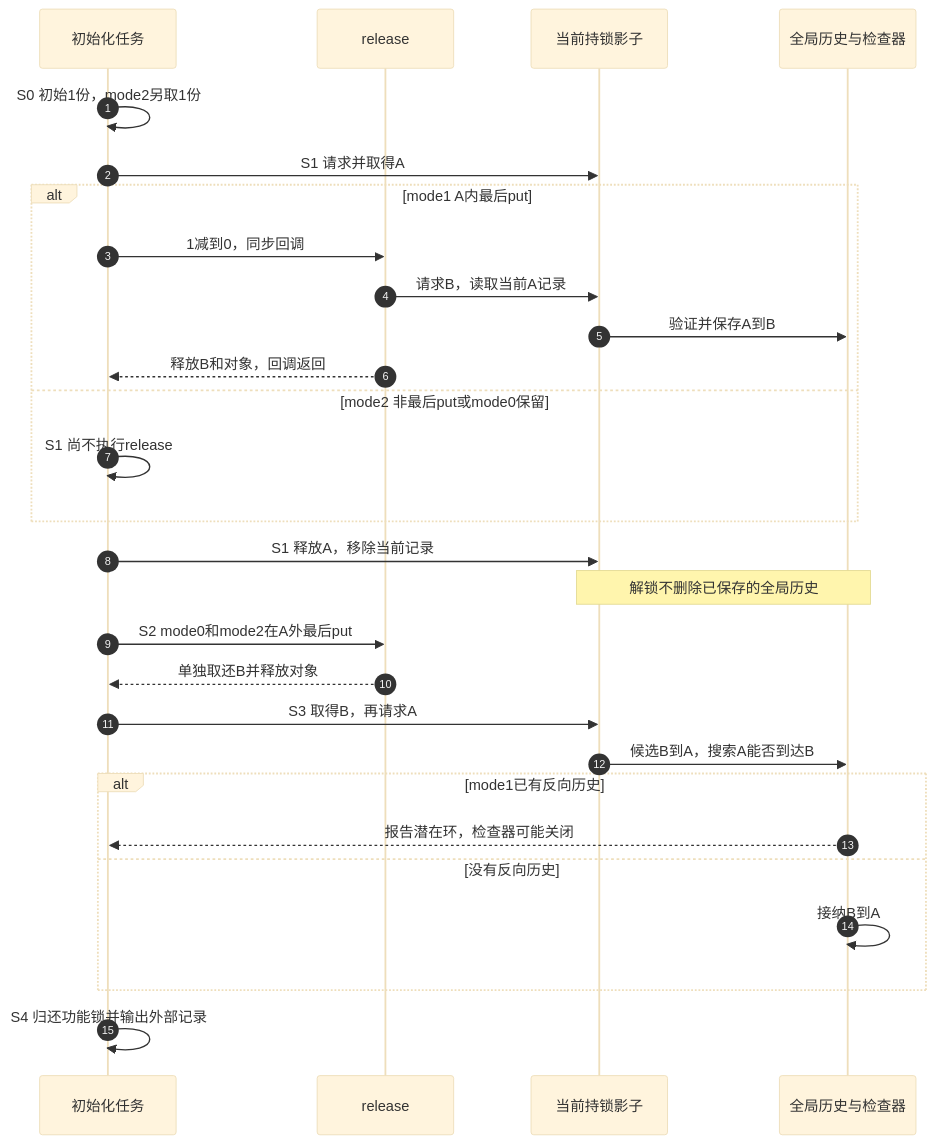
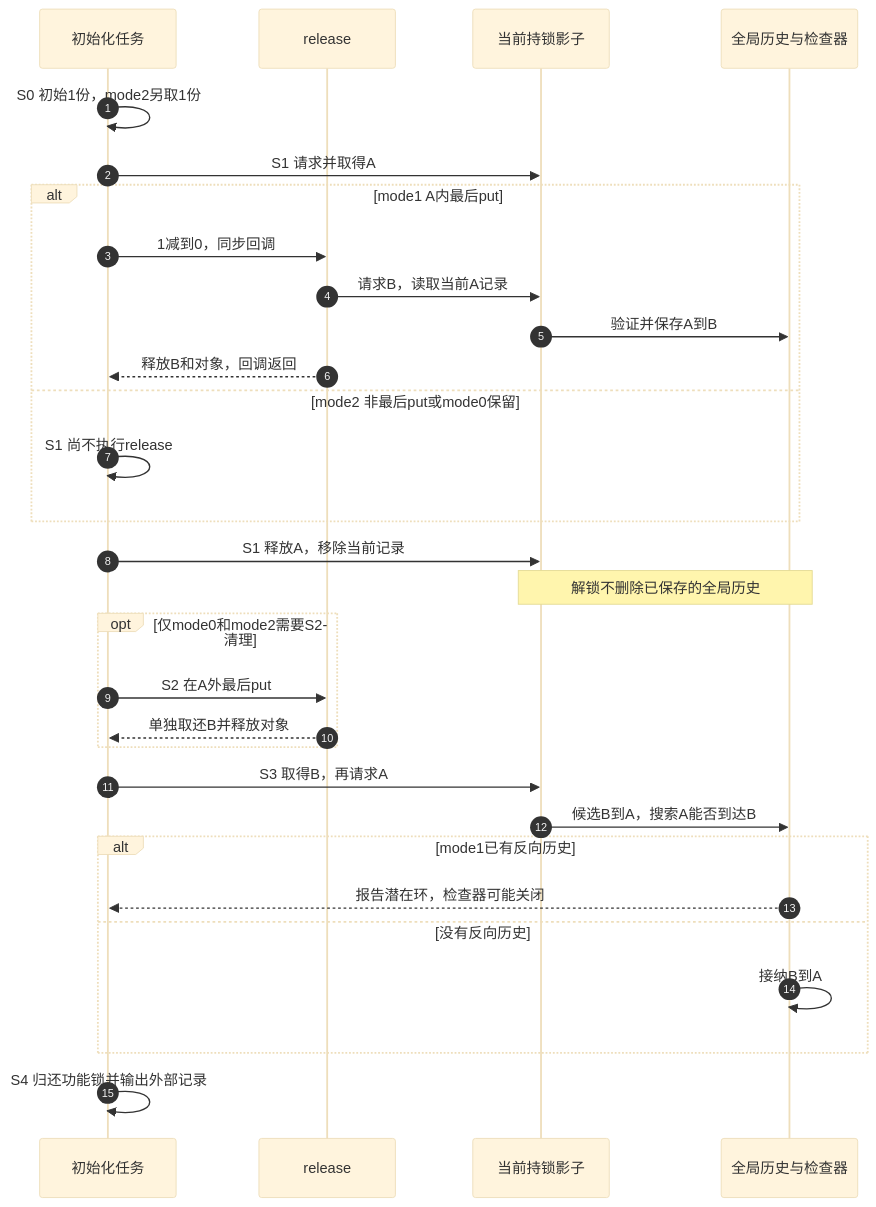
One commit to FormingSystem/linux_note changed the second of 2 diagrams in knowledge/linux/object_lifetime/kref/P39_最后归还与Lockdep实验.md. Above: the diagram before and after it, drawn with Mermaid (base theme). The commit also changed other lines of this file, not shown here.

````diff
--- a/knowledge/linux/object_lifetime/kref/P39_最后归还与Lockdep实验.md
+++ b/knowledge/linux/object_lifetime/kref/P39_最后归还与Lockdep实验.md
@@ -125,30 +125,32 @@
 ```mermaid
 sequenceDiagram
     autonumber
     participant I as 初始化任务
     participant R as release
     participant H as 当前持锁影子
     participant G as 全局历史与检查器
     I->>I: S0 初始1份，mode2另取1份
     I->>H: S1 请求并取得A
     alt mode1 A内最后put
         I->>R: 1减到0，同步回调
         R->>H: 请求B，读取当前A记录
         H->>G: 验证并保存A到B
         R-->>I: 释放B和对象，回调返回
     else mode2 非最后put或mode0保留
         I->>I: S1 尚不执行release
     end
     I->>H: S1 释放A，移除当前记录
     Note over H,G: 解锁不删除已保存的全局历史
-    I->>R: S2 mode0和mode2在A外最后put
-    R-->>I: 单独取还B并释放对象
+    opt 仅mode0和mode2需要S2清理
+        I->>R: S2 在A外最后put
+        R-->>I: 单独取还B并释放对象
+    end
     I->>H: S3 取得B，再请求A
     H->>G: 候选B到A，搜索A能否到达B
     alt mode1已有反向历史
         G-->>I: 报告潜在环，检查器可能关闭
     else 没有反向历史
         G->>G: 接纳B到A
     end
     I->>I: S4 归还功能锁并输出外部记录
 ```
````
